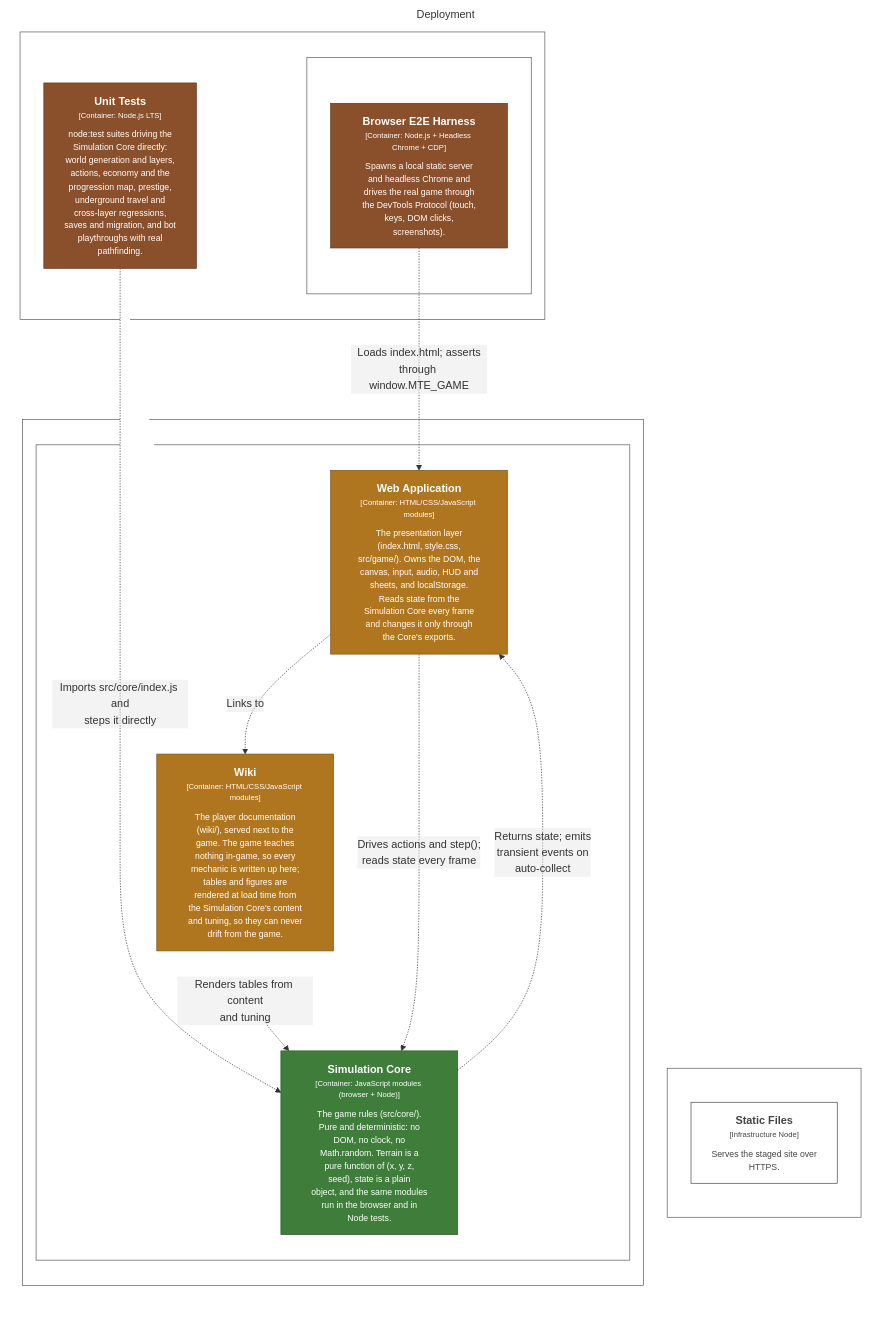
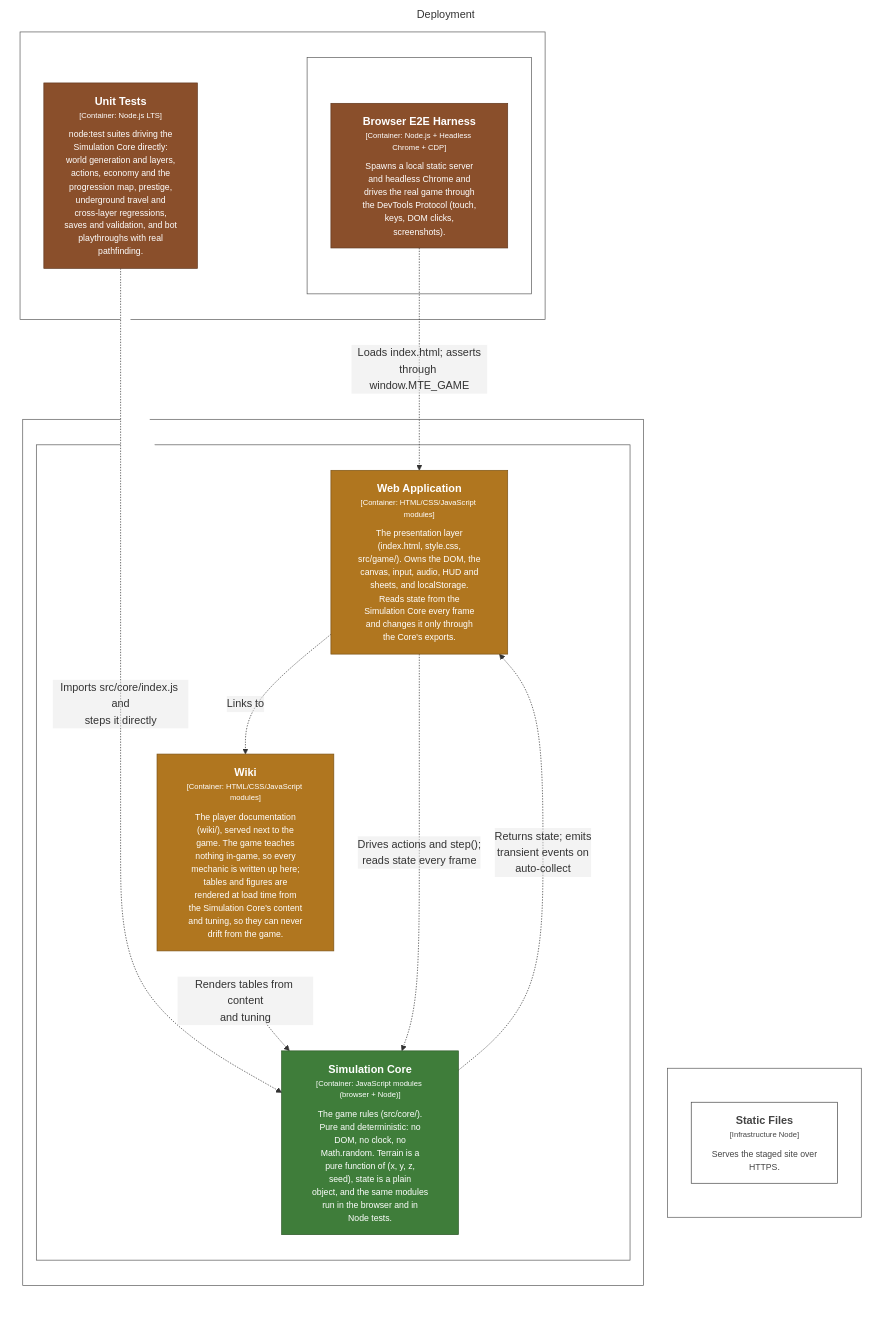
Before and after one commit to bitkojine/more-than-enough: the diagram in structurizr/diagrams/Deployment.mmd, drawn with Mermaid. The commit also changed 34 other files, not shown here.

First line of the commit message:
v0.22.0: holes between layers, mine fog, layer cutaway

```diff
--- a/structurizr/diagrams/Deployment.mmd
+++ b/structurizr/diagrams/Deployment.mmd
@@ -1,52 +1,52 @@
 %% Generated from structurizr/workspace.dsl — do not edit; run: node structurizr/scripts/structurizr.mjs mermaid
 graph LR
   linkStyle default fill:#ffffff
 
   subgraph diagram ["Deployment"]
     style diagram fill:#ffffff,stroke:#ffffff
 
     subgraph 70 ["Browser"]
       style 70 fill:#ffffff,stroke:#575757,color:#ffffff
 
       subgraph 71 ["Browser tab"]
         style 71 fill:#ffffff,stroke:#575757,color:#ffffff
 
         72["<div style='font-weight: bold'>Web Application</div><div style='font-size: 70%; margin-top: 0px'>[Container: HTML/CSS/JavaScript modules]</div><div style='font-size: 80%; margin-top:10px'>The presentation layer<br />(index.html, style.css,<br />src/game/). Owns the DOM, the<br />canvas, input, audio, HUD and<br />sheets, and localStorage.<br />Reads state from the<br />Simulation Core every frame<br />and changes it only through<br />the Core's exports.</div>"]
         style 72 fill:#b0761f,stroke:#7b5215,color:#ffffff
         73["<div style='font-weight: bold'>Wiki</div><div style='font-size: 70%; margin-top: 0px'>[Container: HTML/CSS/JavaScript modules]</div><div style='font-size: 80%; margin-top:10px'>The player documentation<br />(wiki/), served next to the<br />game. The game teaches<br />nothing in-game, so every<br />mechanic is written up here;<br />tables and figures are<br />rendered at load time from<br />the Simulation Core's content<br />and tuning, so they can never<br />drift from the game.</div>"]
         style 73 fill:#b0761f,stroke:#7b5215,color:#ffffff
         75["<div style='font-weight: bold'>Simulation Core</div><div style='font-size: 70%; margin-top: 0px'>[Container: JavaScript modules (browser + Node)]</div><div style='font-size: 80%; margin-top:10px'>The game rules (src/core/).<br />Pure and deterministic: no<br />DOM, no clock, no<br />Math.random. Terrain is a<br />pure function of (x, y, z,<br />seed), state is a plain<br />object, and the same modules<br />run in the browser and in<br />Node tests.</div>"]
         style 75 fill:#3f7d3a,stroke:#2c5728,color:#ffffff
       end
 
     end
 
     subgraph 79 ["GitHub Pages"]
       style 79 fill:#ffffff,stroke:#575757,color:#ffffff
 
       80["<div style='font-weight: bold'>Static Files</div><div style='font-size: 70%; margin-top: 0px'>[Infrastructure Node]</div><div style='font-size: 80%; margin-top:10px'>Serves the staged site over<br />HTTPS.</div>"]
       style 80 fill:#ffffff,stroke:#444444,color:#444444
     end
 
     subgraph 81 ["Node.js LTS"]
       style 81 fill:#ffffff,stroke:#575757,color:#ffffff
 
-      82["<div style='font-weight: bold'>Unit Tests</div><div style='font-size: 70%; margin-top: 0px'>[Container: Node.js LTS]</div><div style='font-size: 80%; margin-top:10px'>node:test suites driving the<br />Simulation Core directly:<br />world generation and layers,<br />actions, economy and the<br />progression map, prestige,<br />underground travel and<br />cross-layer regressions,<br />saves and migration, and bot<br />playthroughs with real<br />pathfinding.</div>"]
+      82["<div style='font-weight: bold'>Unit Tests</div><div style='font-size: 70%; margin-top: 0px'>[Container: Node.js LTS]</div><div style='font-size: 80%; margin-top:10px'>node:test suites driving the<br />Simulation Core directly:<br />world generation and layers,<br />actions, economy and the<br />progression map, prestige,<br />underground travel and<br />cross-layer regressions,<br />saves and validation, and bot<br />playthroughs with real<br />pathfinding.</div>"]
       style 82 fill:#8a4f2b,stroke:#60371e,color:#ffffff
       subgraph 84 ["Headless Chrome"]
         style 84 fill:#ffffff,stroke:#575757,color:#ffffff
 
         85["<div style='font-weight: bold'>Browser E2E Harness</div><div style='font-size: 70%; margin-top: 0px'>[Container: Node.js + Headless Chrome + CDP]</div><div style='font-size: 80%; margin-top:10px'>Spawns a local static server<br />and headless Chrome and<br />drives the real game through<br />the DevTools Protocol (touch,<br />keys, DOM clicks,<br />screenshots).</div>"]
         style 85 fill:#8a4f2b,stroke:#60371e,color:#ffffff
       end
 
     end
 
     72-. "<div>Links to</div><div style='font-size: 70%'></div>" .->73
     75-. "<div>Returns state; emits<br />transient events on<br />auto-collect</div><div style='font-size: 70%'></div>" .->72
     72-. "<div>Drives actions and step();<br />reads state every frame</div><div style='font-size: 70%'></div>" .->75
     73-. "<div>Renders tables from content<br />and tuning</div><div style='font-size: 70%'></div>" .->75
     82-. "<div>Imports src/core/index.js and<br />steps it directly</div><div style='font-size: 70%'></div>" .->75
     85-. "<div>Loads index.html; asserts<br />through window.MTE_GAME</div><div style='font-size: 70%'></div>" .->72
 
   end
```
